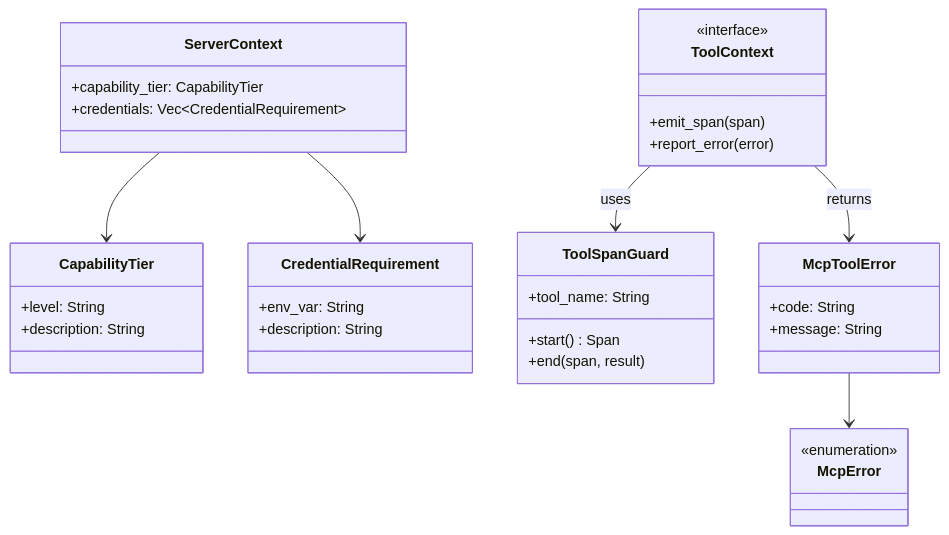
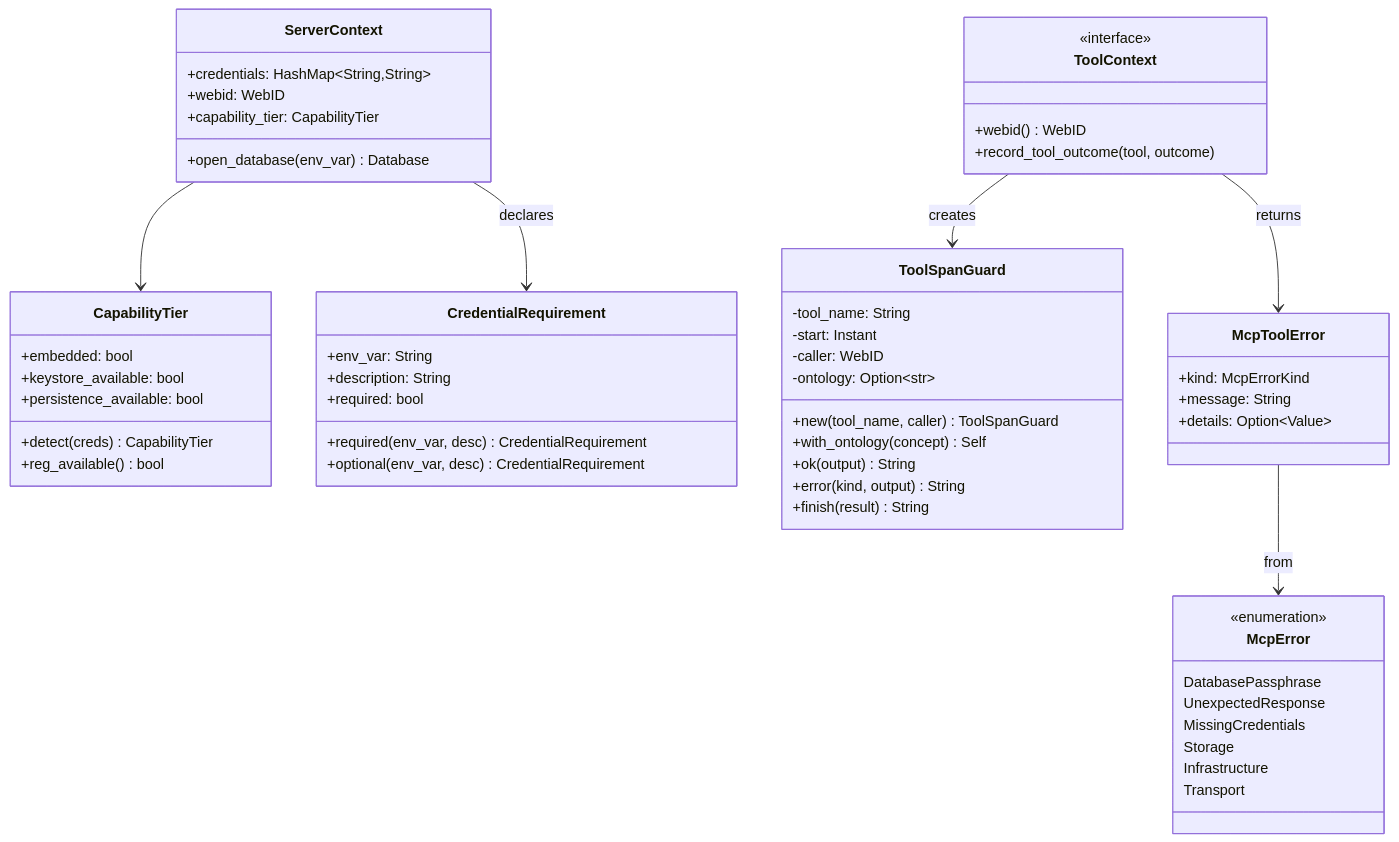
The diagram in kask/docs/diataxis/hkask-mcp-server/reference.md (mdz-axo/zed-kask), drawn with Mermaid before and after one commit. The commit also changed other lines of this file and 16 other files, not shown here.

````diff
--- a/kask/docs/diataxis/hkask-mcp-server/reference.md
+++ b/kask/docs/diataxis/hkask-mcp-server/reference.md
@@ -47,38 +56,59 @@
 ```mermaid
 classDiagram
     class ServerContext {
+        +credentials: HashMap~String,String~
+        +webid: WebID
         +capability_tier: CapabilityTier
-        +credentials: Vec~CredentialRequirement~
+        +open_database(env_var) Database
     }
     class CapabilityTier {
-        +level: String
-        +description: String
+        +embedded: bool
+        +keystore_available: bool
+        +persistence_available: bool
+        +detect(creds) CapabilityTier
+        +reg_available() bool
     }
     class CredentialRequirement {
         +env_var: String
         +description: String
+        +required: bool
+        +required(env_var, desc) CredentialRequirement
+        +optional(env_var, desc) CredentialRequirement
     }
     class ToolContext {
         <<interface>>
-        +emit_span(span)
-        +report_error(error)
+        +webid() WebID
+        +record_tool_outcome(tool, outcome)
     }
     class ToolSpanGuard {
-        +tool_name: String
-        +start() Span
-        +end(span, result)
+        -tool_name: String
+        -start: Instant
+        -caller: WebID
+        -ontology: Option~str~
+        +new(tool_name, caller) ToolSpanGuard
+        +with_ontology(concept) Self
+        +ok(output) String
+        +error(kind, output) String
+        +finish(result) String
     }
     class McpToolError {
-        +code: String
+        +kind: McpErrorKind
         +message: String
+        +details: Option~Value~
     }
     class McpError {
         <<enumeration>>
+        DatabasePassphrase
+        UnexpectedResponse
+        MissingCredentials
+        Storage
+        Infrastructure
+        Transport
     }
 
     ServerContext --> CapabilityTier
-    ServerContext --> CredentialRequirement
-    ToolContext --> ToolSpanGuard : uses
+    ServerContext --> CredentialRequirement : declares
+    ToolContext --> ToolSpanGuard : creates
     ToolContext --> McpToolError : returns
-    McpToolError --> McpError
+    McpToolError --> McpError : from
 ```
````
